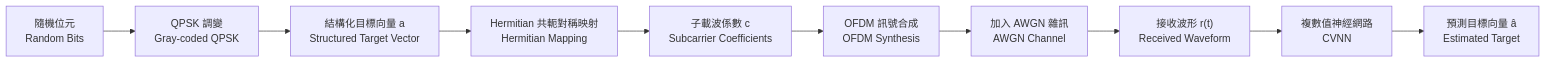
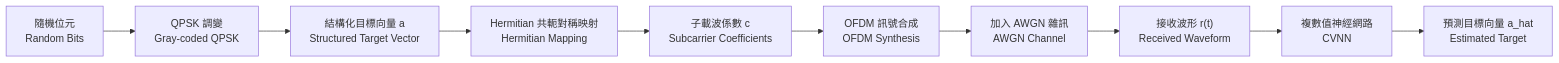
One commit to CCH147/CVNN_TEST changed the first of 7 diagrams in README.md. Above: the diagram before and after it, drawn with Mermaid. The commit also changed other lines of this file, not shown here.

````diff
--- a/README.md
+++ b/README.md
@@ -154,13 +148,13 @@
 ```mermaid
 flowchart LR
     A["隨機位元<br/>Random Bits"] 
     --> B["QPSK 調變<br/>Gray-coded QPSK"]
     --> C["結構化目標向量 a<br/>Structured Target Vector"]
     --> D["Hermitian 共軛對稱映射<br/>Hermitian Mapping"]
     --> E["子載波係數 c<br/>Subcarrier Coefficients"]
     --> F["OFDM 訊號合成<br/>OFDM Synthesis"]
     --> G["加入 AWGN 雜訊<br/>AWGN Channel"]
     --> H["接收波形 r(t)<br/>Received Waveform"]
     --> I["複數值神經網路<br/>CVNN"]
-    --> J["預測目標向量 â<br/>Estimated Target"]
+    --> J["預測目標向量 a_hat<br/>Estimated Target"]
 ```
````
